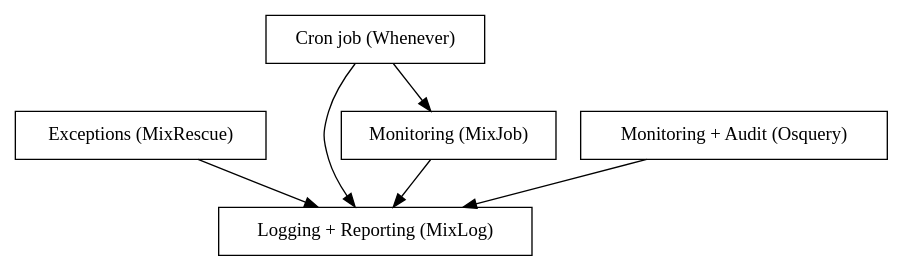
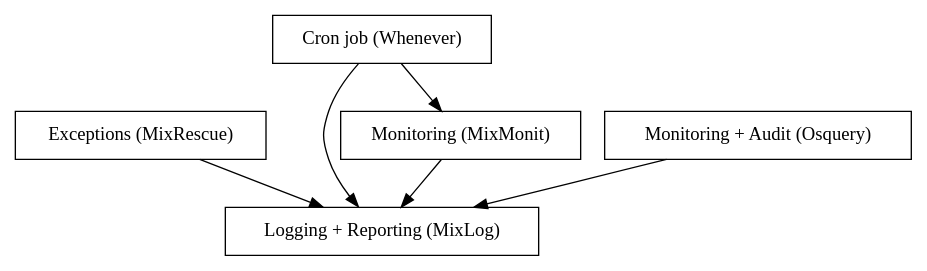
Before and after one commit to patleb/web_tools: the diagram in doc/images/monitoring_tools.dot, drawn with Graphviz. The commit also changed 1 other file, not shown here.

```diff
--- a/doc/images/monitoring_tools.dot
+++ b/doc/images/monitoring_tools.dot
@@ -1,13 +1,13 @@
 digraph G {
   mix_log [shape=box label="Logging + Reporting (MixLog)"]
   mix_rescue [shape=box label="Exceptions (MixRescue)"]
-  mix_monit [shape=box label="Monitoring (MixJob)"]
+  mix_monit [shape=box label="Monitoring (MixMonit)"]
   osquery [shape=box label="Monitoring + Audit (Osquery)"]
   whenever [shape=box label="Cron job (Whenever)"]
 
   whenever -> mix_monit
   whenever -> mix_log
   mix_monit -> mix_log
   mix_rescue -> mix_log
   osquery -> mix_log
 }
```
